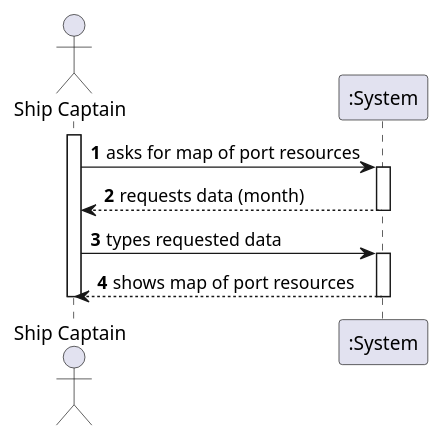
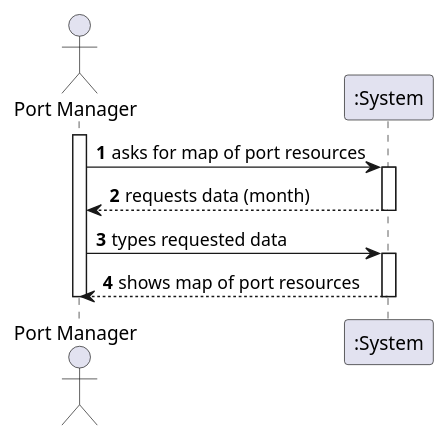
Before and after one commit to 1190772/LAB-Project-3: the diagram in docs/Sprint 3/US/US310/US310_SSD.puml, drawn with PlantUML. The commit also changed 1 other file, not shown here.

```diff
--- a/docs/Sprint 3/US/US310/US310_SSD.puml
+++ b/docs/Sprint 3/US/US310/US310_SSD.puml
@@ -1,23 +1,23 @@
 @startuml
 'https://plantuml.com/sequence-diagram
 
 autonumber
 
-actor "Ship Captain" as SP
+actor "Port Manager" as PM
 
-activate SP
-SP -> ":System" : asks for map of port resources
+activate PM
+PM -> ":System" : asks for map of port resources
 
 activate ":System"
-":System" --> "SP" : requests data (month)
+":System" --> "PM" : requests data (month)
 deactivate ":System"
 
-SP -> ":System" : types requested data
+PM -> ":System" : types requested data
 
 activate ":System"
-":System" --> SP : shows map of port resources
+":System" --> PM : shows map of port resources
 deactivate ":System"
 
-deactivate SP
+deactivate PM
 
 @enduml
```
